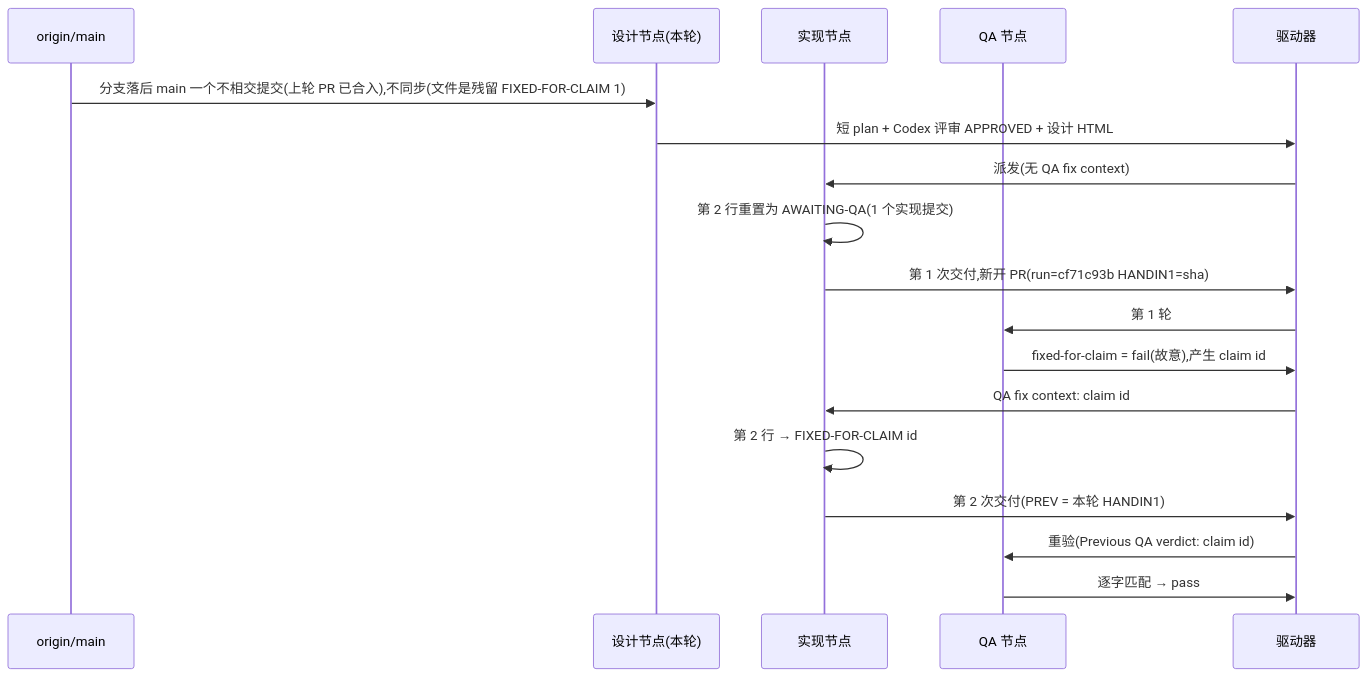
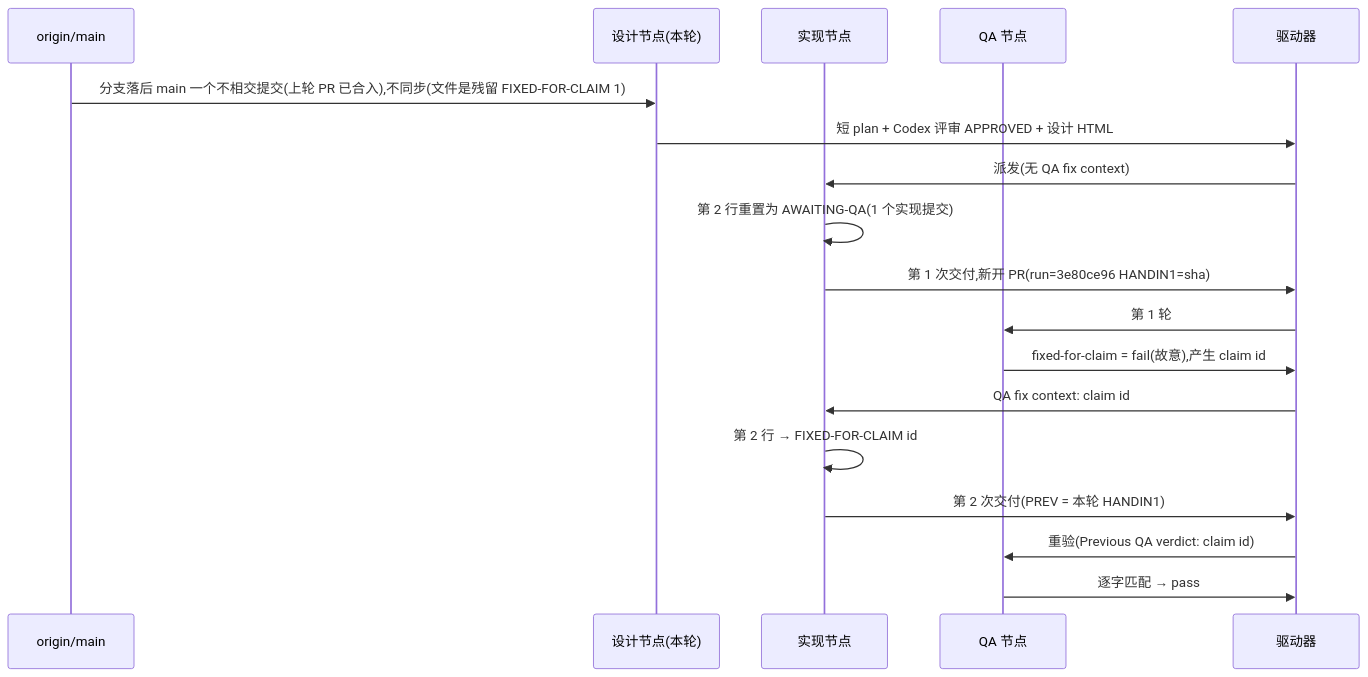
Before and after one commit to xrliAnnie/flywheel-qa-sandbox: the diagram in engineering/doc/FLY-3150-real-runner-drill/d1-core-flow.mmd, drawn with Mermaid. The commit also changed 2 other files, not shown here.

Commit message:
docs(qa-sbx): FLY-3150 design refresh for run 3e80ce96

```diff
--- a/engineering/doc/FLY-3150-real-runner-drill/d1-core-flow.mmd
+++ b/engineering/doc/FLY-3150-real-runner-drill/d1-core-flow.mmd
@@ -1,18 +1,18 @@
 sequenceDiagram
     participant M as origin/main
     participant S as 设计节点(本轮)
     participant I as 实现节点
     participant Q as QA 节点
     participant D as 驱动器
     M->>S: 分支落后 main 一个不相交提交(上轮 PR 已合入),不同步(文件是残留 FIXED-FOR-CLAIM 1)
     S->>D: 短 plan + Codex 评审 APPROVED + 设计 HTML
     D->>I: 派发(无 QA fix context)
     I->>I: 第 2 行重置为 AWAITING-QA(1 个实现提交)
-    I->>D: 第 1 次交付,新开 PR(run=cf71c93b HANDIN1=sha)
+    I->>D: 第 1 次交付,新开 PR(run=3e80ce96 HANDIN1=sha)
     D->>Q: 第 1 轮
     Q->>D: fixed-for-claim = fail(故意),产生 claim id
     D->>I: QA fix context: claim id
     I->>I: 第 2 行 → FIXED-FOR-CLAIM id
     I->>D: 第 2 次交付(PREV = 本轮 HANDIN1)
     D->>Q: 重验(Previous QA verdict: claim id)
     Q->>D: 逐字匹配 → pass
```
